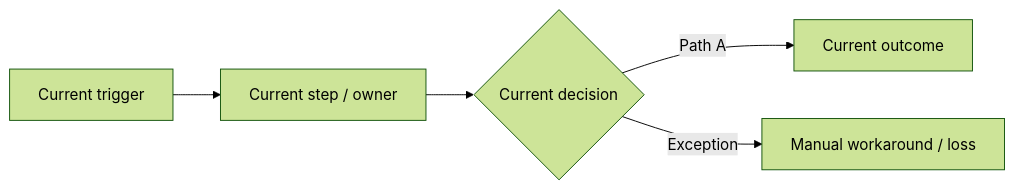
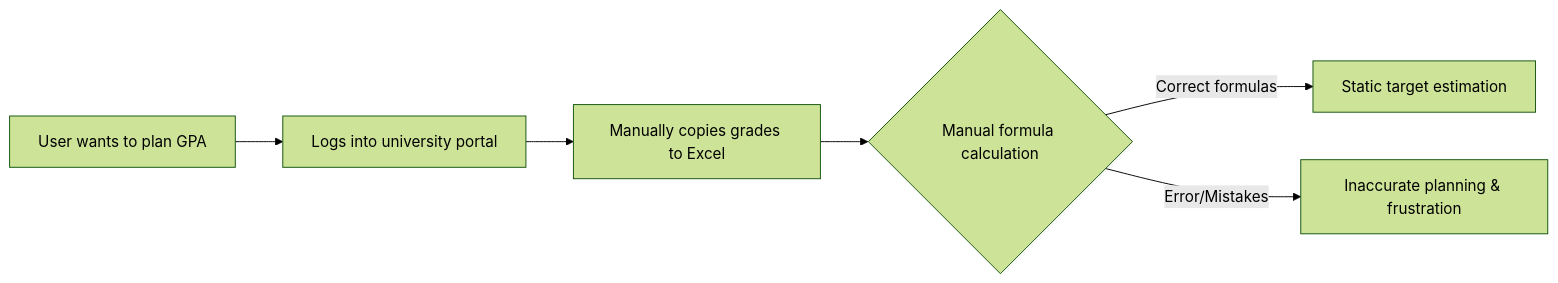
Before and after one commit to nqtienvn/japanese: the first of 2 diagrams in 02-Requirements/BRD.md, drawn with Mermaid (forest theme). The commit also changed other lines of this file and 89 other files, not shown here.

````diff
--- a/02-Requirements/BRD.md
+++ b/02-Requirements/BRD.md
@@ -55,7 +60,8 @@
 ```mermaid
 flowchart LR
-    A["Current trigger"] --> B["Current step / owner"]
-    B --> C{"Current decision"}
-    C -->|"Path A"| D["Current outcome"]
-    C -->|"Exception"| E["Manual workaround / loss"]
+    A["User wants to plan GPA"] --> B["Logs into university portal"]
+    B --> C["Manually copies grades to Excel"]
+    C --> D{"Manual formula calculation"}
+    D -->|"Correct formulas"| E["Static target estimation"]
+    D -->|"Error/Mistakes"| F["Inaccurate planning & frustration"]
 ```
````
